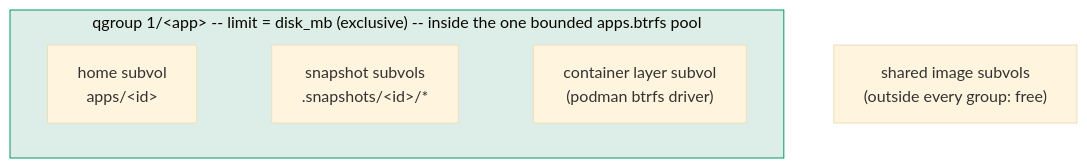
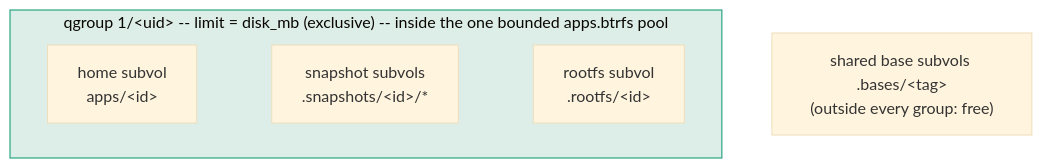
One commit to binwiederhier/hostit changed the first of 2 diagrams in docs/slides/presentations/storage.md. Above: the diagram before and after it, drawn with Mermaid (base theme). The commit also changed other lines of this file and 1 other file, not shown here.

First line of the commit message:
docs/slides: mark the storage target as shipped; rootfs-era tech overview

````diff
--- a/docs/slides/presentations/storage.md
+++ b/docs/slides/presentations/storage.md
@@ -186,9 +186,9 @@
 ```mermaid {scale: 0.85}
 flowchart LR
-  subgraph appgroup["qgroup 1/&lt;app&gt; -- limit = disk_mb (exclusive) -- inside the one bounded apps.btrfs pool"]
+  subgraph appgroup["qgroup 1/&lt;uid&gt; -- limit = disk_mb (exclusive) -- inside the one bounded apps.btrfs pool"]
     direction LR
-    home["home subvol<br/>apps/&lt;id&gt;"] ~~~ snaps["snapshot subvols<br/>.snapshots/&lt;id&gt;/*"] ~~~ layer["container layer subvol<br/>(podman btrfs driver)"]
+    home["home subvol<br/>apps/&lt;id&gt;"] ~~~ snaps["snapshot subvols<br/>.snapshots/&lt;id&gt;/*"] ~~~ layer["rootfs subvol<br/>.rootfs/&lt;id&gt;"]
   end
-  appgroup ~~~ images["shared image subvols<br/>(outside every group: free)"]
+  appgroup ~~~ images["shared base subvols .bases/&lt;tag&gt;<br/>(outside every group: free)"]
   style appgroup fill:#04785722,stroke:#059669
 ```
````
